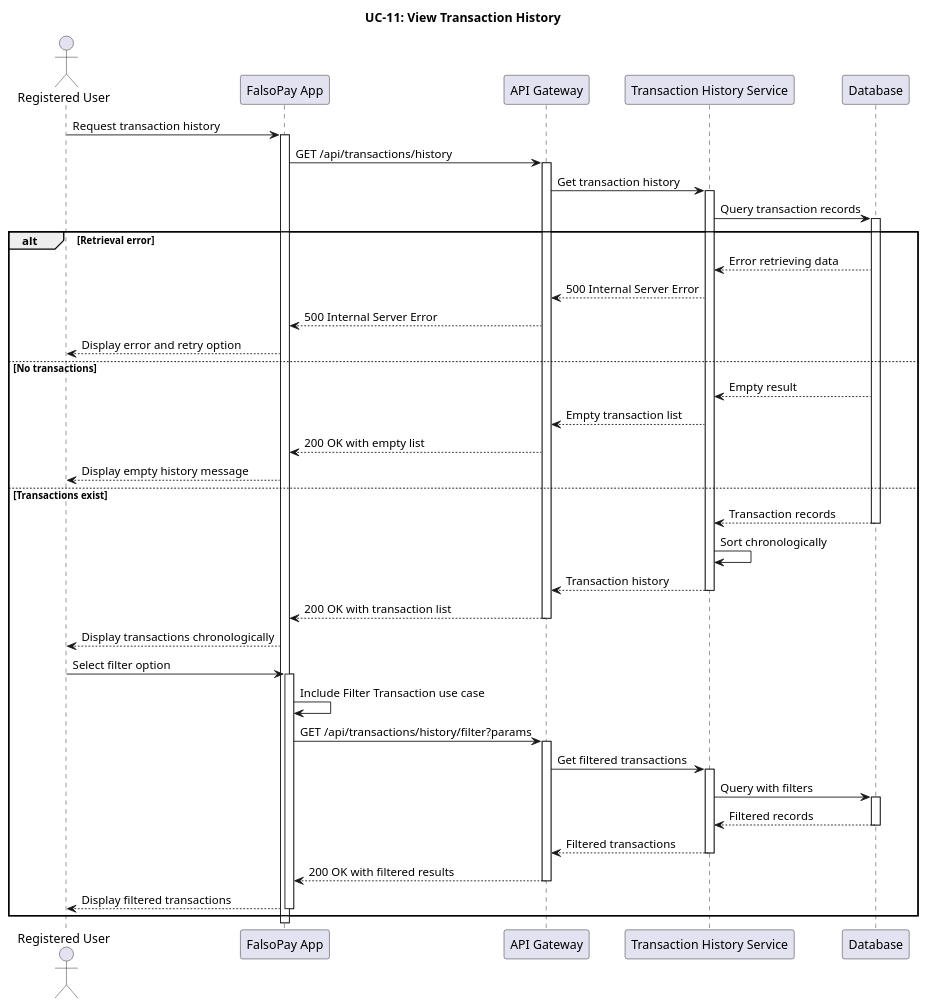
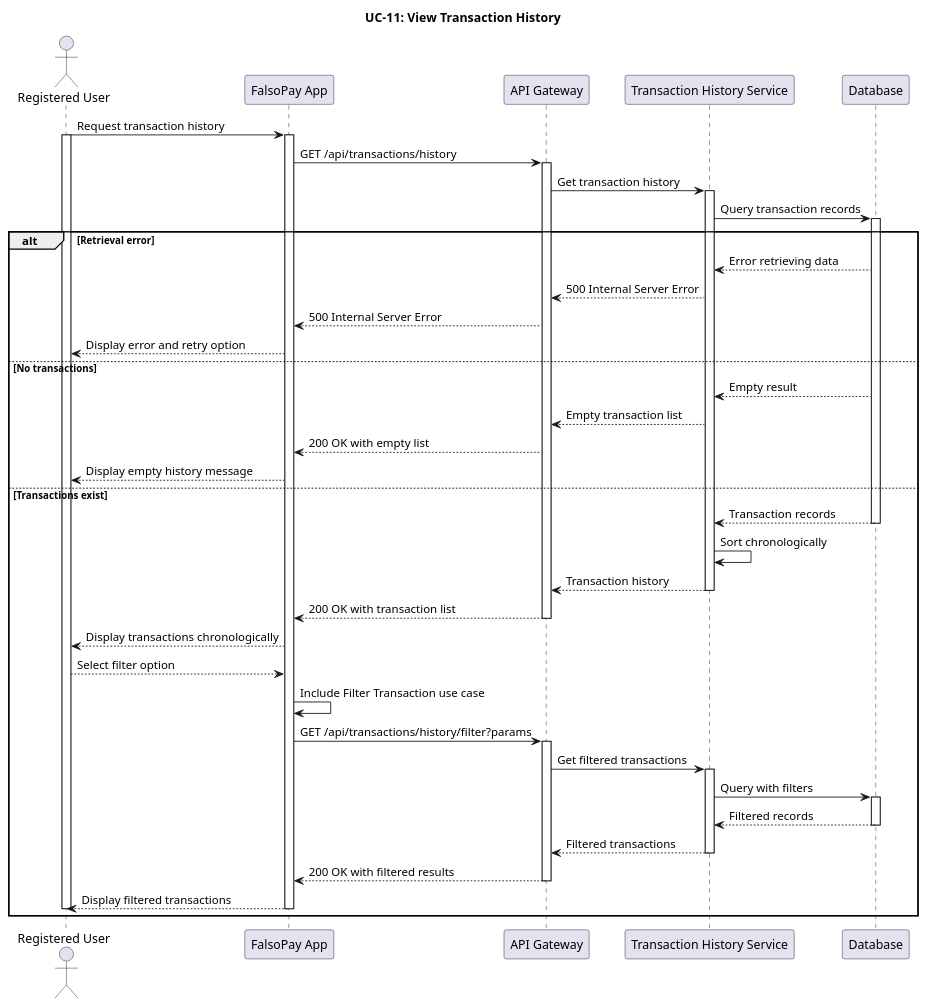
Before and after one commit to Adhamzineldin/Falsopay: the diagram in docs/design/sequence-diagrams/UC11-ViewTransactionHistory.puml, drawn with PlantUML. The commit also changed 8 other files, not shown here.

```diff
--- a/docs/design/sequence-diagrams/UC11-ViewTransactionHistory.puml
+++ b/docs/design/sequence-diagrams/UC11-ViewTransactionHistory.puml
@@ -1,72 +1,74 @@
 @startuml UC11-ViewTransactionHistory
 
 actor "Registered User" as User
 participant "FalsoPay App" as App
 participant "API Gateway" as Gateway
 participant "Transaction History Service" as HistoryService
 participant "Database" as DB
 
 title UC-11: View Transaction History
 
 User -> App: Request transaction history
 activate App
+activate User
 
 App -> Gateway: GET /api/transactions/history
 activate Gateway
 
 Gateway -> HistoryService: Get transaction history
 activate HistoryService
 
 HistoryService -> DB: Query transaction records
 activate DB
 
 alt Retrieval error
     DB --> HistoryService: Error retrieving data
     HistoryService --> Gateway: 500 Internal Server Error
     Gateway --> App: 500 Internal Server Error
     App --> User: Display error and retry option
 else No transactions
     DB --> HistoryService: Empty result
     HistoryService --> Gateway: Empty transaction list
     Gateway --> App: 200 OK with empty list
     App --> User: Display empty history message
 else Transactions exist
     DB --> HistoryService: Transaction records
     deactivate DB
     
     HistoryService -> HistoryService: Sort chronologically
     HistoryService --> Gateway: Transaction history
     deactivate HistoryService
     
     Gateway --> App: 200 OK with transaction list
     deactivate Gateway
     
     App --> User: Display transactions chronologically
     
-    User -> App: Select filter option
-    activate App
+    User --> App: Select filter option
+    
     
     App -> App: Include Filter Transaction use case
     
     App -> Gateway: GET /api/transactions/history/filter?params
     activate Gateway
     
     Gateway -> HistoryService: Get filtered transactions
     activate HistoryService
     
     HistoryService -> DB: Query with filters
     activate DB
     DB --> HistoryService: Filtered records
     deactivate DB
     
     HistoryService --> Gateway: Filtered transactions
     deactivate HistoryService
     
     Gateway --> App: 200 OK with filtered results
     deactivate Gateway
     
     App --> User: Display filtered transactions
     deactivate App
+    deactivate User
 end
 
 @enduml 
```
